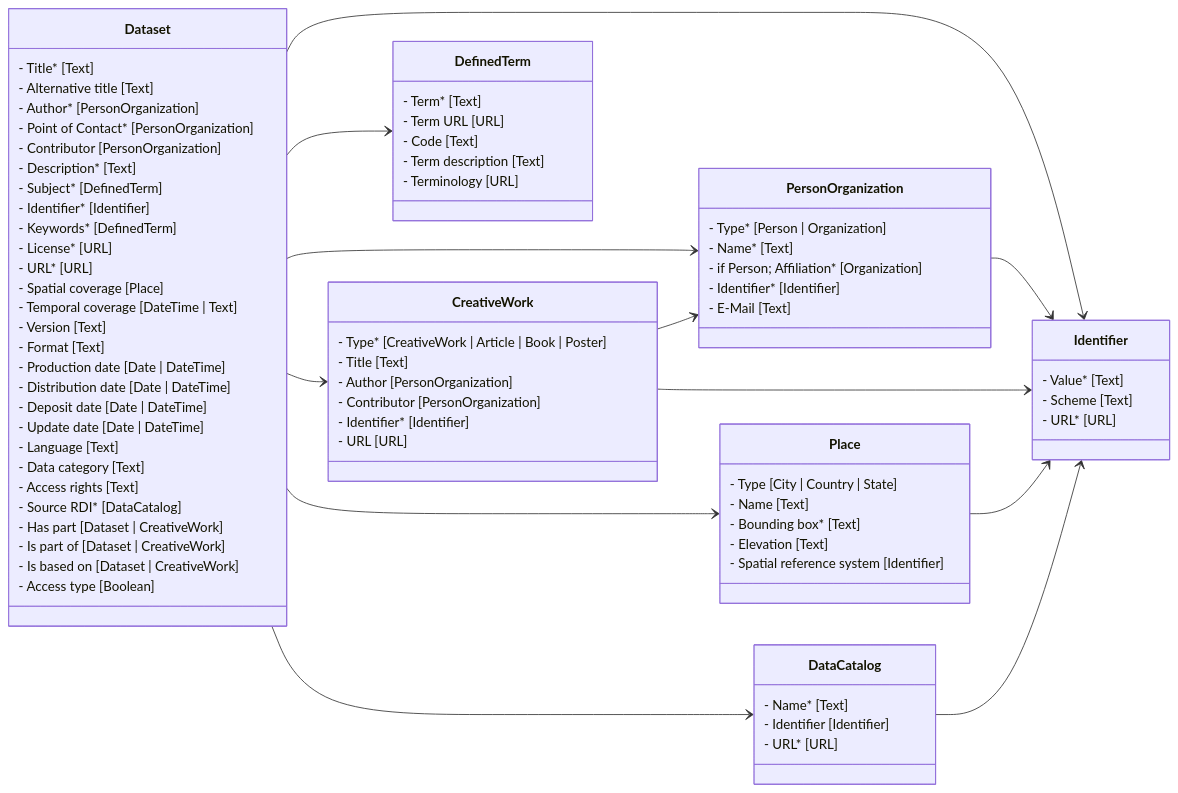
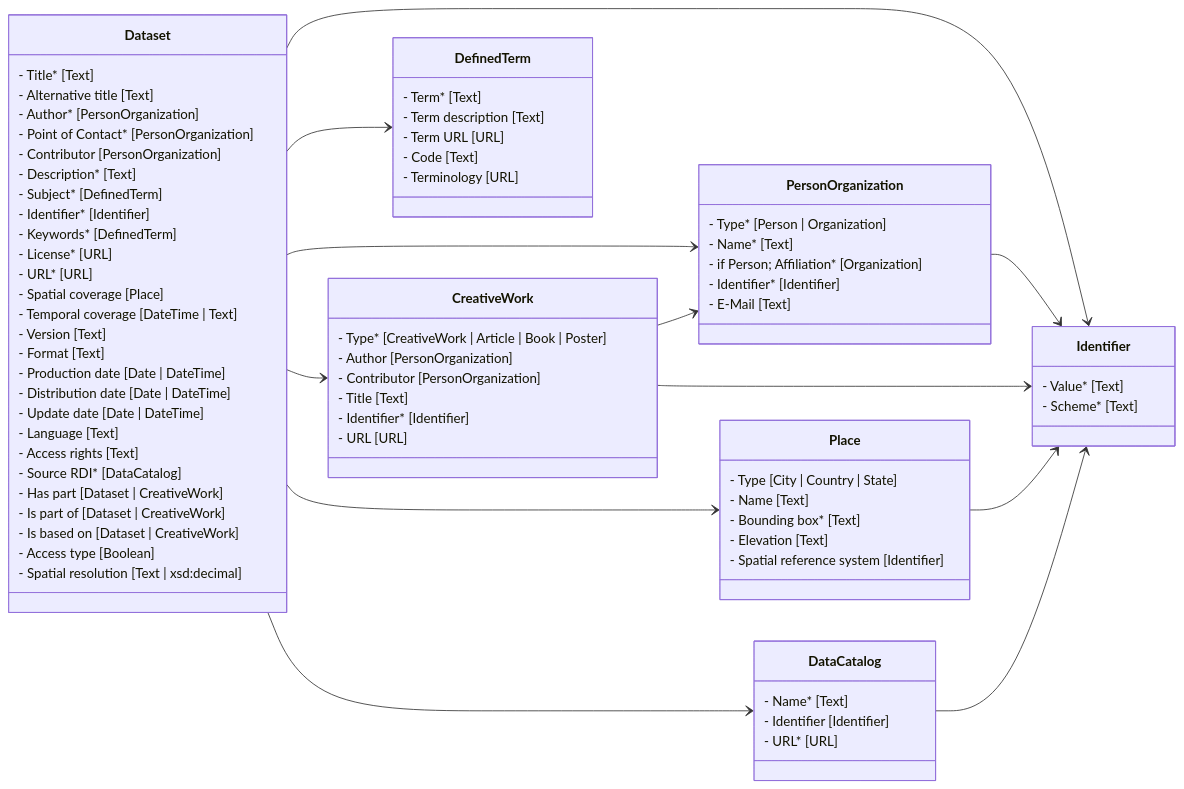
The first of 3 diagrams in specification/core_specification.md (fairagro/core-metadata-specification), drawn with Mermaid before and after one commit. The commit also changed 1 other file, not shown here.

Commit message:
updated figue

```diff
--- a/specification/core_specification.md
+++ b/specification/core_specification.md
@@ -32,25 +32,24 @@
 
     class CreativeWork {
 	    - Type* [CreativeWork | Article | Book | Poster]
-	    - Title [Text]
 	    - Author [PersonOrganization]
 	    - Contributor [PersonOrganization]
+		- Title [Text]
 	    - Identifier* [Identifier]
 	    - URL [URL]
     }
 
     class DefinedTerm {
 	    - Term* [Text]
+		- Term description [Text]
 	    - Term URL [URL]
 	    - Code [Text]
-	    - Term description [Text]
 	    - Terminology [URL]
     }
 
     class Identifier {
 	    - Value* [Text]
-	    - Scheme [Text]
-	    - URL* [URL]
+	    - Scheme* [Text]
     }
 
     class DataCatalog {
@@ -77,16 +76,15 @@
 	    - Format [Text]
 	    - Production date [Date | DateTime]
 	    - Distribution date [Date | DateTime]
-	    - Deposit date [Date | DateTime]
 	    - Update date [Date | DateTime]
 	    - Language [Text]
-	    - Data category [Text]
 	    - Access rights [Text]
 	    - Source RDI* [DataCatalog]
 	    - Has part [Dataset | CreativeWork]
 	    - Is part of [Dataset | CreativeWork]
 	    - Is based on [Dataset | CreativeWork]
 	    - Access type [Boolean]
+		- Spatial resolution [Text | xsd:decimal]
     }
 
     Dataset --> PersonOrganization
```
